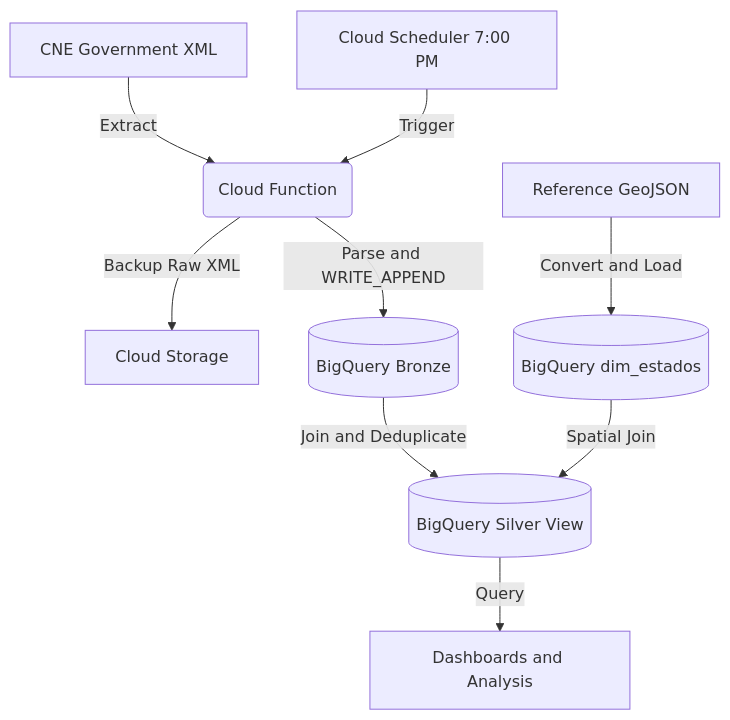
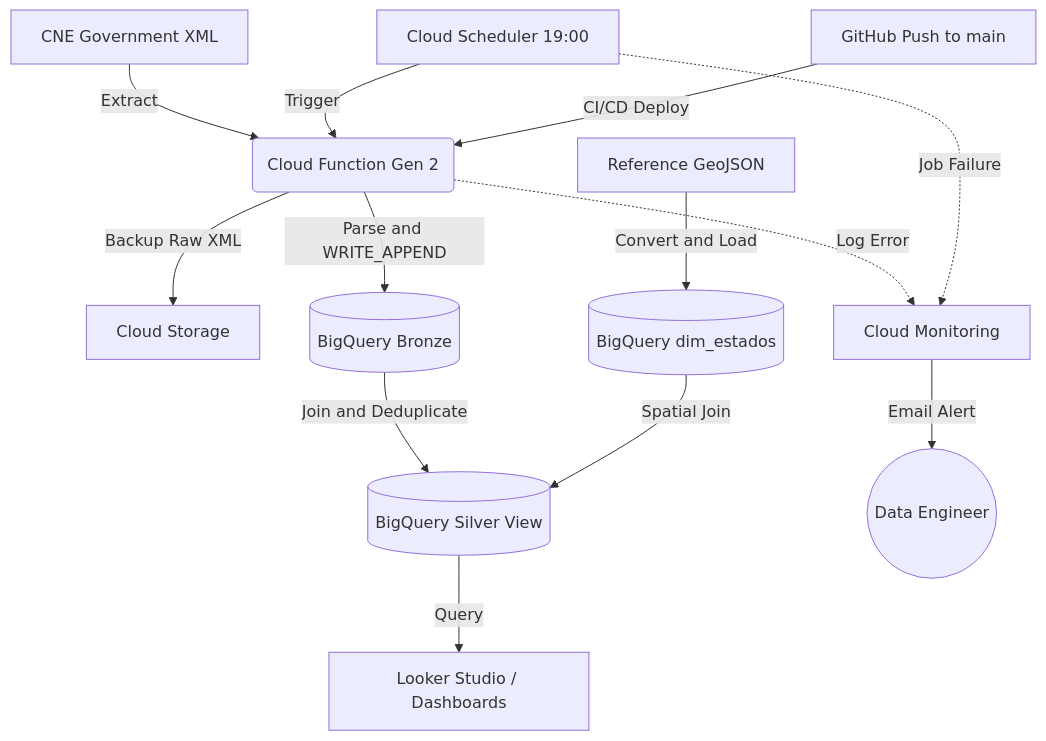
Before and after one commit to danielbep94/cne-gas-prices-pipeline: the diagram in README.md, drawn with Mermaid. The commit also changed other lines of this file and 2 other files, not shown here.

````diff
--- a/README.md
+++ b/README.md
@@ -21,11 +52,19 @@
 ```mermaid
 graph TD;
-    A[CNE Government XML] -->|Extract| B(Cloud Function);
-    C[Cloud Scheduler 7:00 PM] -->|Trigger| B;
+    A[CNE Government XML] -->|Extract| B(Cloud Function Gen 2);
+    C[Cloud Scheduler 19:00] -->|Trigger| B;
+    J[GitHub Push to main] -->|CI/CD Deploy| B;
+
     B -->|Backup Raw XML| D[Cloud Storage];
     B -->|Parse and WRITE_APPEND| E[(BigQuery Bronze)];
+
     F[Reference GeoJSON] -->|Convert and Load| G[(BigQuery dim_estados)];
     E -->|Join and Deduplicate| H[(BigQuery Silver View)];
     G -->|Spatial Join| H;
-    H -->|Query| I[Dashboards and Analysis];
+
+    H -->|Query| I[Looker Studio / Dashboards];
+
+    B -.->|Log Error| K[Cloud Monitoring];
+    C -.->|Job Failure| K;
+    K -->|Email Alert| L((Data Engineer));
 ```
````
